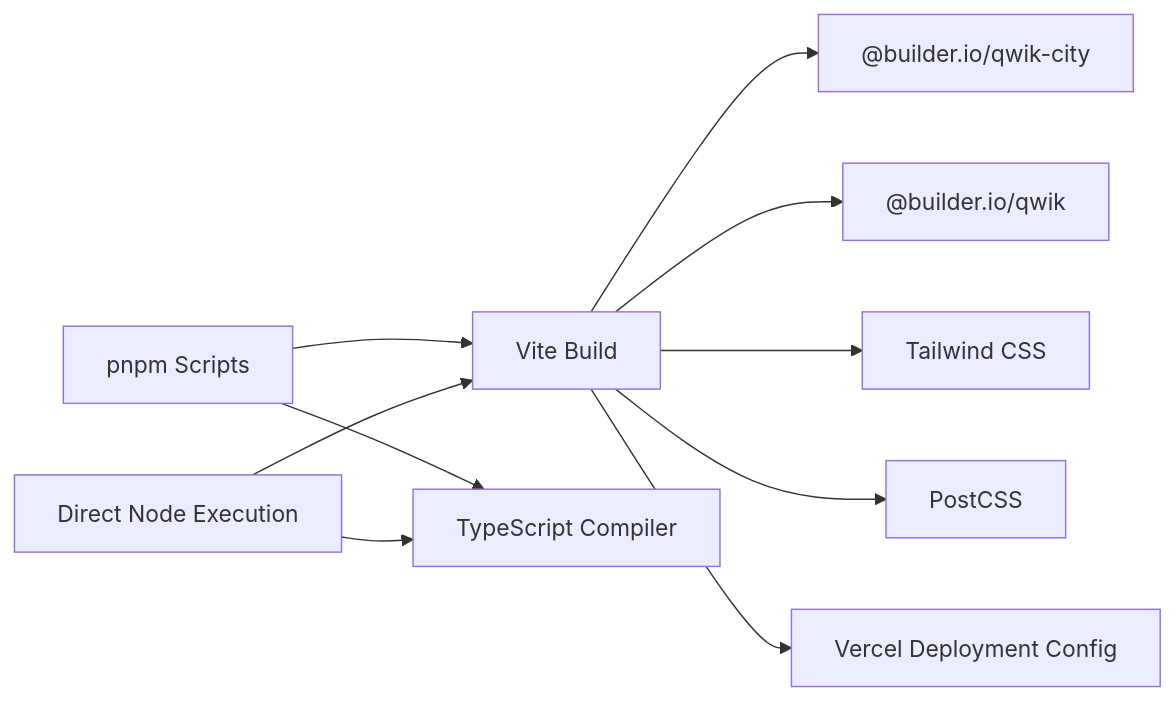
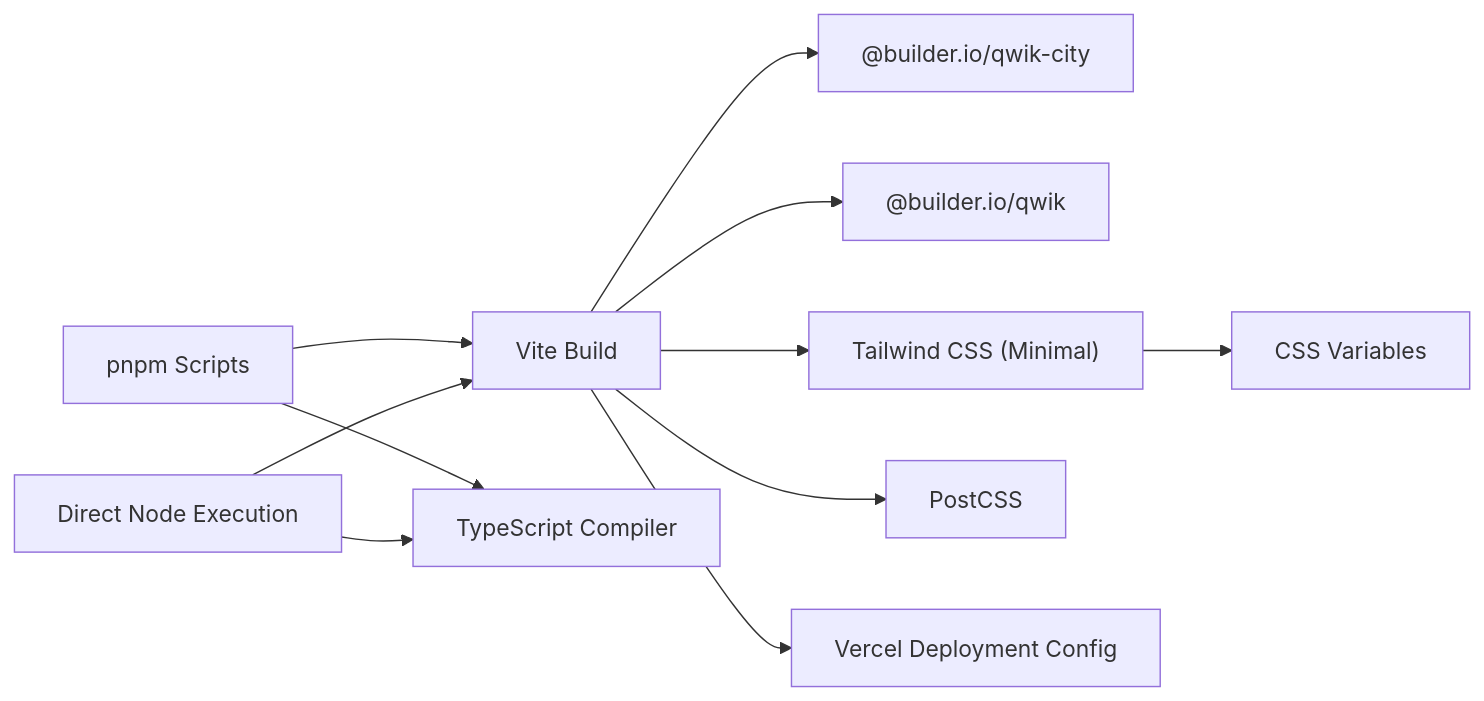
One commit to delirium-dj/modelcomp changed the ninth of 9 diagrams in .qoder/repowiki/en/content/Architecture Overview/Build System & Deployment Strategy.md. Above: the diagram before and after it, drawn with Mermaid. The commit also changed other lines of this file and 22 other files, not shown here.

````diff
--- a/.qoder/repowiki/en/content/Architecture Overview/Build System & Deployment Strategy.md
+++ b/.qoder/repowiki/en/content/Architecture Overview/Build System & Deployment Strategy.md
@@ -287,12 +308,13 @@
 ```mermaid
 graph LR
 PNPM["pnpm Scripts"] --> Vite["Vite Build"]
 PNPM --> TSC["TypeScript Compiler"]
 Vite --> QwikCity["@builder.io/qwik-city"]
 Vite --> Qwik["@builder.io/qwik"]
-Vite --> Tailwind["Tailwind CSS"]
+Vite --> Tailwind["Tailwind CSS (Minimal)"]
 Vite --> PostCSS["PostCSS"]
 Vite --> VercelCfg["Vercel Deployment Config"]
 Direct["Direct Node Execution"] --> Vite
 Direct --> TSC
+Tailwind --> CSSVars["CSS Variables"]
 ```
````
